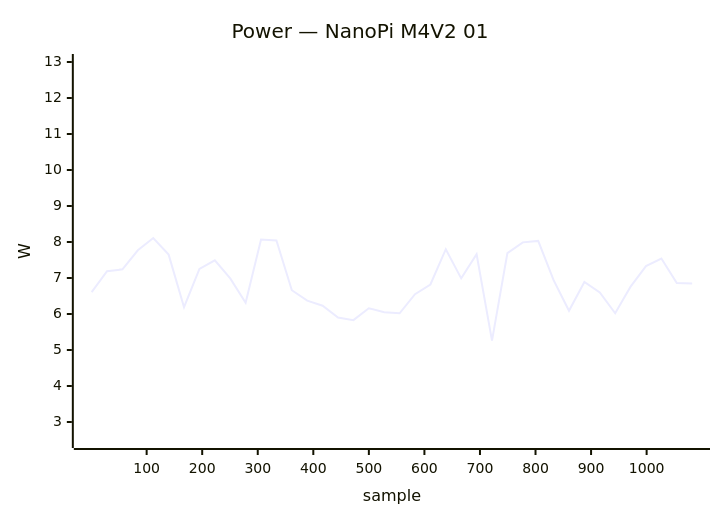
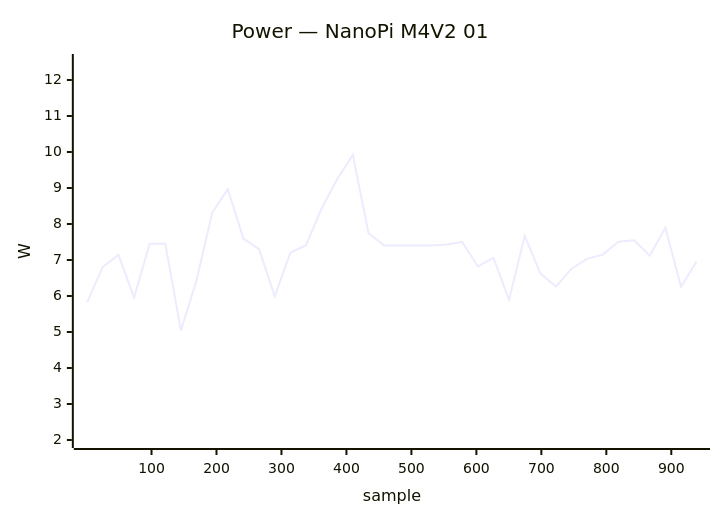
Before and after one commit to armbian/documentation: diagram 19 of 40 in docs/status/board-tests.md, drawn with Mermaid. The commit also changed other lines of this file, not shown here.

````diff
--- a/docs/status/board-tests.md
+++ b/docs/status/board-tests.md
@@ -899,7 +886,7 @@
 ```mermaid
 xychart-beta
     title "Power — NanoPi M4V2 01"
-    x-axis "sample" 1 --> 1082
-    y-axis "W" 2.5 --> 13.0
-    line [6.61, 7.19, 7.24, 7.77, 8.11, 7.65, 6.19, 7.25, 7.49, 6.99, 6.31, 8.07, 8.04, 6.66, 6.37, 6.23, 5.90, 5.83, 6.16, 6.05, 6.02, 6.55, 6.82, 7.80, 6.99, 7.66, 5.26, 7.69, 7.99, 8.03, 6.94, 6.09, 6.89, 6.60, 6.02, 6.76, 7.33, 7.54, 6.86, 6.85]
+    x-axis "sample" 1 --> 939
+    y-axis "W" 2.0 --> 12.5
+    line [5.83, 6.81, 7.14, 5.96, 7.45, 7.45, 5.04, 6.44, 8.31, 8.97, 7.59, 7.30, 5.99, 7.20, 7.41, 8.43, 9.25, 9.92, 7.75, 7.40, 7.40, 7.40, 7.40, 7.43, 7.50, 6.82, 7.06, 5.89, 7.67, 6.63, 6.26, 6.76, 7.04, 7.15, 7.51, 7.55, 7.12, 7.90, 6.26, 6.96]
 ```
````
